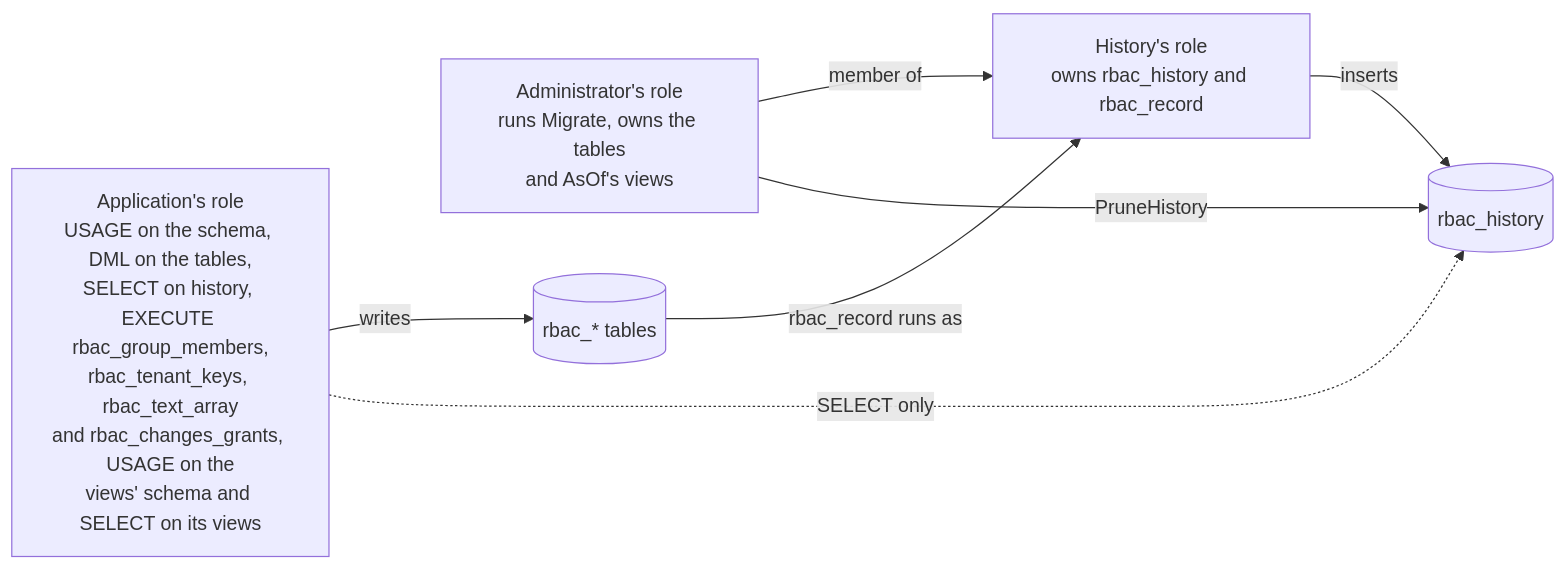
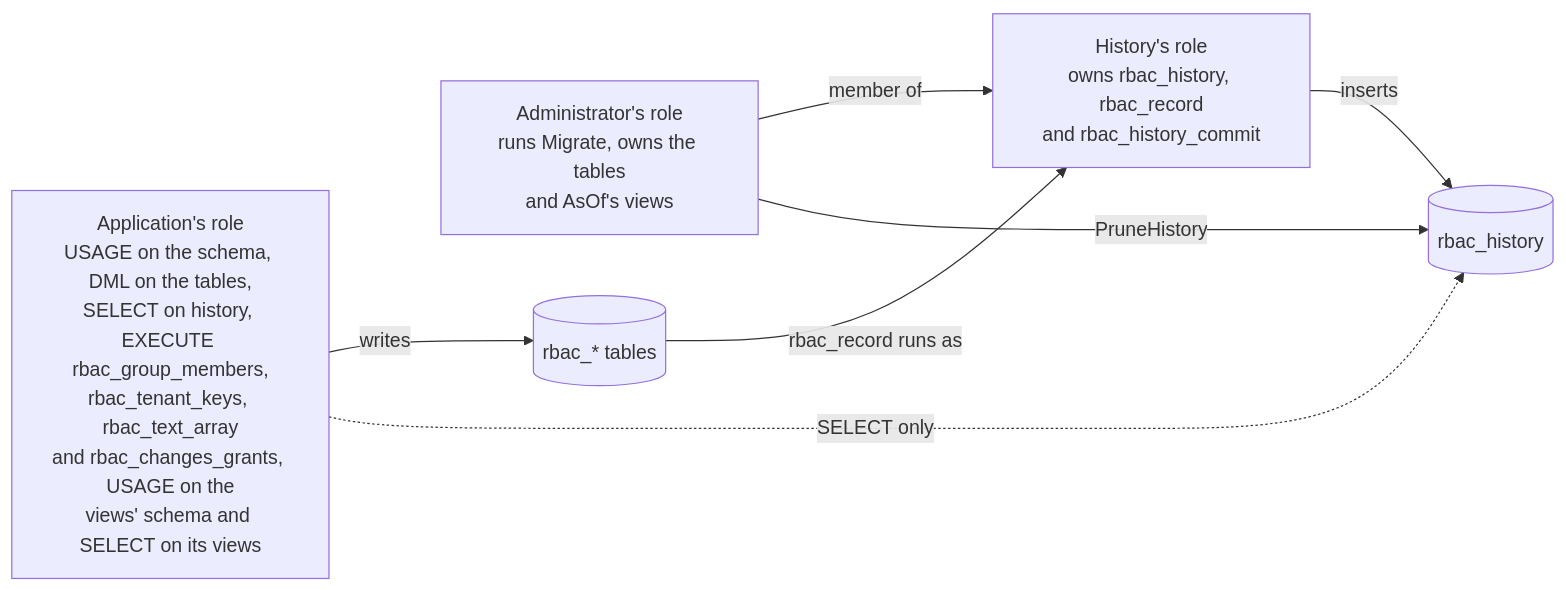
Diagram 14 of 14 in docs/architecture.md (parallelworks/rbac), drawn with Mermaid before and after one commit. The commit also changed other lines of this file and 8 other files, not shown here.

````diff
--- a/docs/architecture.md
+++ b/docs/architecture.md
@@ -1390,12 +1405,12 @@
 ```mermaid
 flowchart LR
     admin["Administrator's role<br/>runs Migrate, owns the tables<br/>and AsOf's views"]
-    histrole["History's role<br/>owns rbac_history and rbac_record"]
+    histrole["History's role<br/>owns rbac_history, rbac_record<br/>and rbac_history_commit"]
     app["Application's role<br/>USAGE on the schema, DML on the tables,<br/>SELECT on history, EXECUTE rbac_group_members,<br/>rbac_tenant_keys, rbac_text_array<br/>and rbac_changes_grants, USAGE on the<br/>views' schema and SELECT on its views"]
     admin -->|"member of"| histrole
     app -->|"writes"| tables[("rbac_* tables")]
     tables -->|"rbac_record runs as"| histrole
     histrole -->|"inserts"| hist[("rbac_history")]
     app -.->|"SELECT only"| hist
     admin -->|"PruneHistory"| hist
 ```
````
